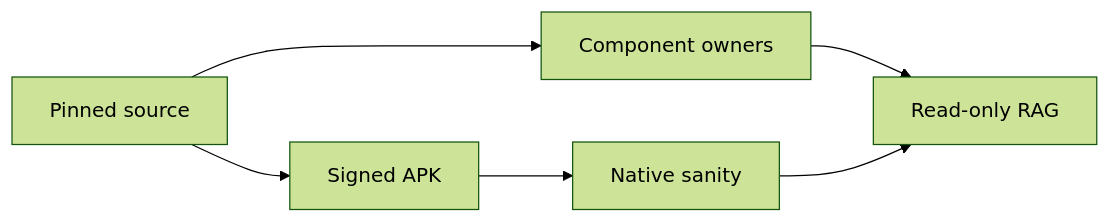
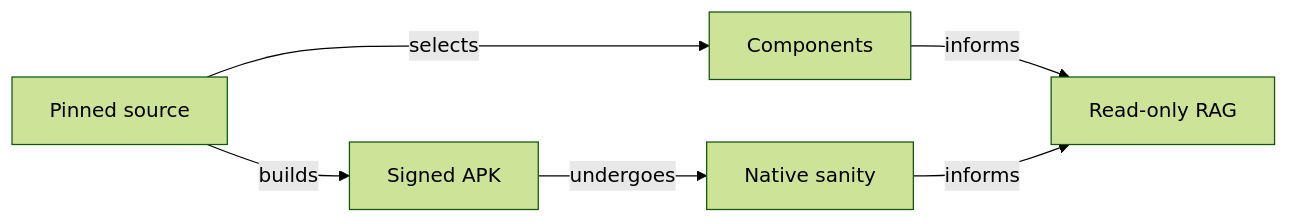
One commit to crististefanita/whist changed the diagram in release/0.24.0/reports/README.md. Above: the diagram before and after it, drawn with Mermaid (forest theme). The commit also changed other lines of this file and 68 other files, not shown here.

````diff
--- a/release/0.24.0/reports/README.md
+++ b/release/0.24.0/reports/README.md
@@ -9,8 +9,8 @@
 ```mermaid
 flowchart LR
-    SOURCE["Pinned source"] --> COMPONENT["Component owners"]
-    SOURCE --> APK["Signed APK"]
-    APK --> NATIVE["Native sanity"]
-    COMPONENT --> RAG["Read-only RAG"]
-    NATIVE --> RAG
+    SOURCE["Pinned source"] -->|selects| COMPONENT["Components"]
+    SOURCE -->|builds| APK["Signed APK"]
+    APK -->|undergoes| NATIVE["Native sanity"]
+    COMPONENT -->|informs| RAG["Read-only RAG"]
+    NATIVE -->|informs| RAG
 ```
````
